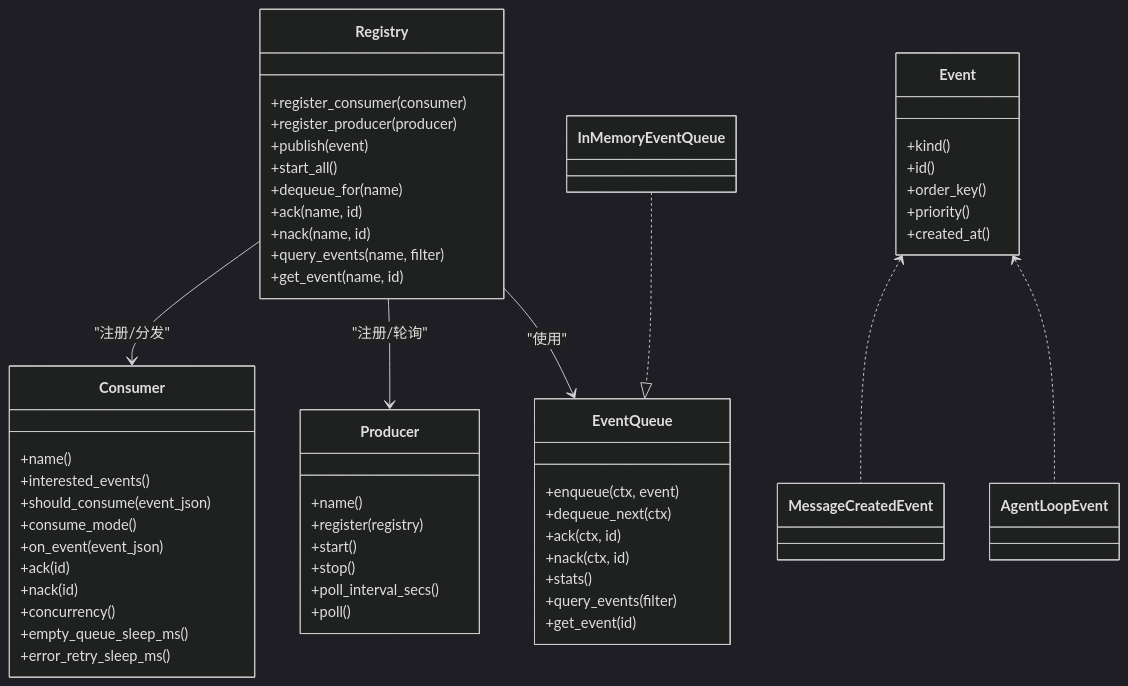
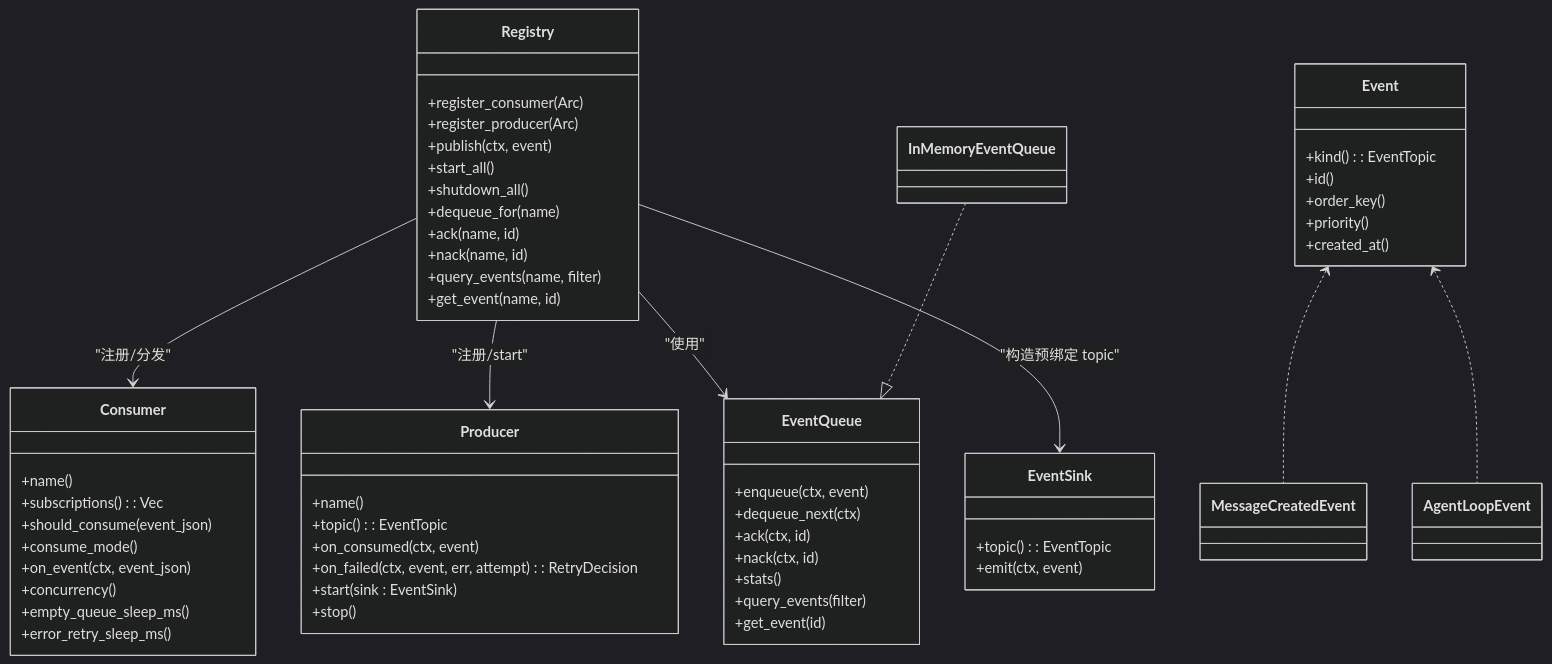
Before and after one commit to runningcoders/ai_orz: the third of 3 diagrams in docs/wiki/zh/content/功能模块/系统管理/AOP 事件系统.md, drawn with Mermaid (dark theme). The commit also changed other lines of this file and 37 other files, not shown here.

````diff
--- a/docs/wiki/zh/content/功能模块/系统管理/AOP 事件系统.md
+++ b/docs/wiki/zh/content/功能模块/系统管理/AOP 事件系统.md
@@ -273,57 +281,61 @@
 ```mermaid
 classDiagram
 class Registry {
-+register_consumer(consumer)
-+register_producer(producer)
-+publish(event)
++register_consumer(Arc<Consumer>)
++register_producer(Arc<Producer>)
++publish(ctx, event)
 +start_all()
++shutdown_all()
 +dequeue_for(name)
 +ack(name, id)
 +nack(name, id)
 +query_events(name, filter)
 +get_event(name, id)
 }
 class Consumer {
 +name()
-+interested_events()
++subscriptions() : Vec<Subscription>
 +should_consume(event_json)
 +consume_mode()
-+on_event(event_json)
-+ack(id)
-+nack(id)
++on_event(ctx, event_json)
 +concurrency()
 +empty_queue_sleep_ms()
 +error_retry_sleep_ms()
 }
 class Producer {
 +name()
-+register(registry)
-+start()
++topic() : EventTopic
++on_consumed(ctx, event)
++on_failed(ctx, event, err, attempt) : RetryDecision
++start(sink : EventSink)
 +stop()
-+poll_interval_secs()
-+poll()
+}
+class EventSink {
++topic() : EventTopic
++emit(ctx, event)
 }
 class EventQueue {
 +enqueue(ctx, event)
 +dequeue_next(ctx)
 +ack(ctx, id)
 +nack(ctx, id)
 +stats()
 +query_events(filter)
 +get_event(id)
 }
 class InMemoryEventQueue
 class Event {
-+kind()
++kind() : EventTopic
 +id()
 +order_key()
 +priority()
 +created_at()
 }
 Registry --> Consumer : "注册/分发"
-Registry --> Producer : "注册/轮询"
+Registry --> Producer : "注册/start"
 Registry --> EventQueue : "使用"
+Registry --> EventSink : "构造预绑定 topic"
 InMemoryEventQueue ..|> EventQueue
 Event <.. MessageCreatedEvent
 Event <.. AgentLoopEvent
 ```
````
